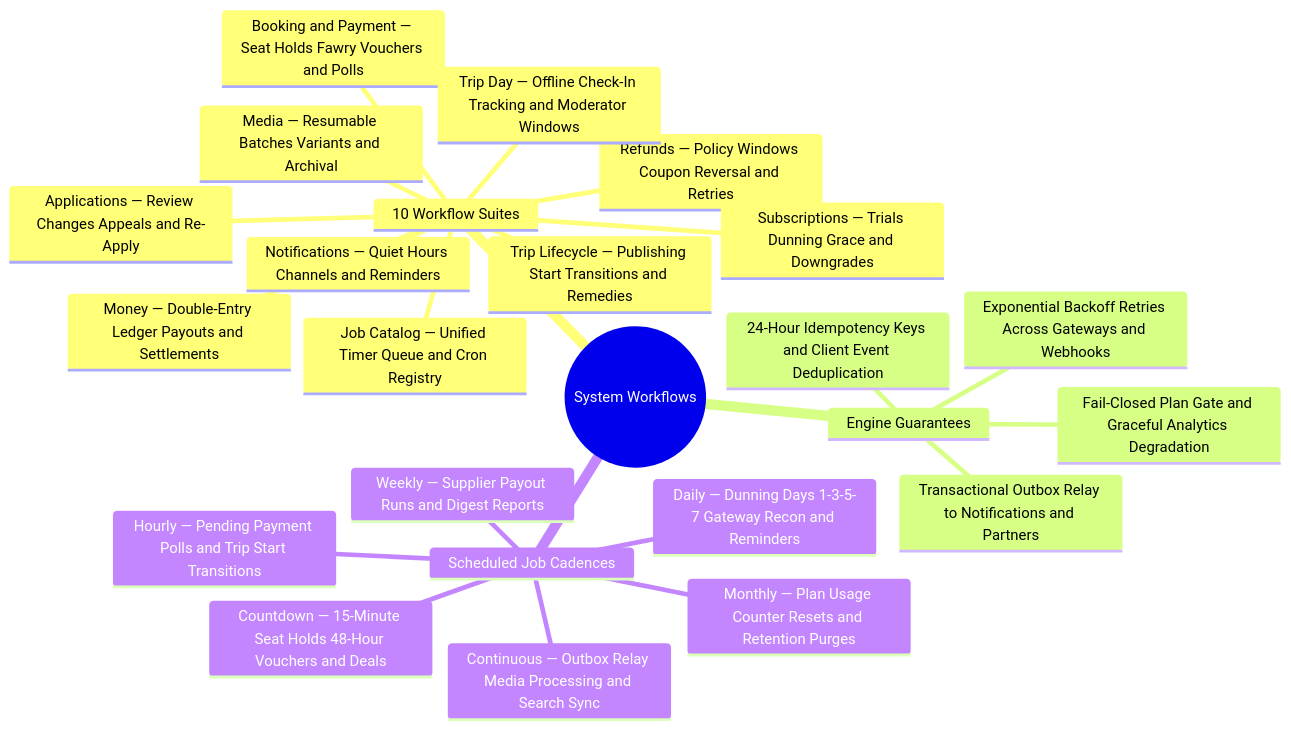
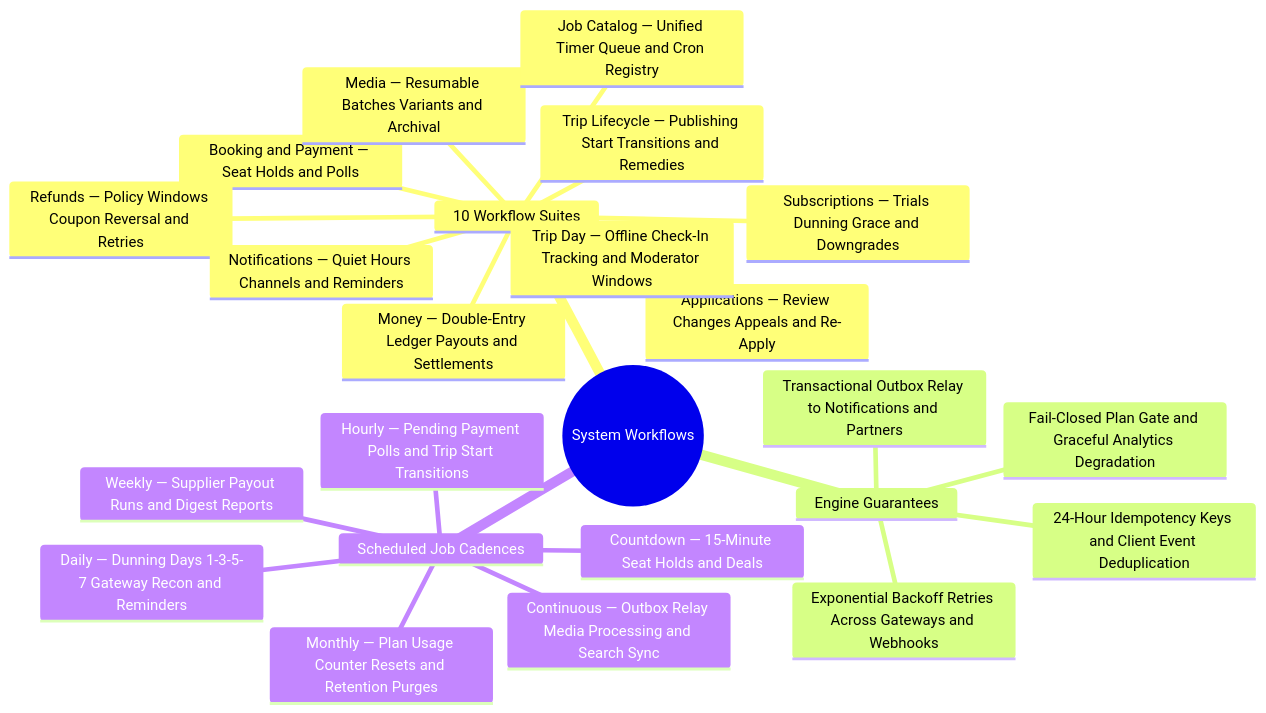
The diagram in content/docs/workflows/index.mdx (mohamedhabibwork/trips-enjoy-docs), drawn with Mermaid before and after one commit. The commit also changed other lines of this file and 117 other files, not shown here.

````diff
--- a/content/docs/workflows/index.mdx
+++ b/content/docs/workflows/index.mdx
@@ -90,27 +90,27 @@
 ```mermaid
 mindmap
   root(("System Workflows"))
     10 Workflow Suites
       Applications — Review Changes Appeals and Re-Apply
-      Booking and Payment — Seat Holds Fawry Vouchers and Polls
+      Booking and Payment — Seat Holds and Polls
       Refunds — Policy Windows Coupon Reversal and Retries
       Trip Lifecycle — Publishing Start Transitions and Remedies
       Trip Day — Offline Check-In Tracking and Moderator Windows
       Money — Double-Entry Ledger Payouts and Settlements
       Subscriptions — Trials Dunning Grace and Downgrades
       Notifications — Quiet Hours Channels and Reminders
       Media — Resumable Batches Variants and Archival
       Job Catalog — Unified Timer Queue and Cron Registry
     Engine Guarantees
       24-Hour Idempotency Keys and Client Event Deduplication
       Exponential Backoff Retries Across Gateways and Webhooks
       Fail-Closed Plan Gate and Graceful Analytics Degradation
       Transactional Outbox Relay to Notifications and Partners
     Scheduled Job Cadences
       Continuous — Outbox Relay Media Processing and Search Sync
-      Countdown — 15-Minute Seat Holds 48-Hour Vouchers and Deals
+      Countdown — 15-Minute Seat Holds and Deals
       Hourly — Pending Payment Polls and Trip Start Transitions
       Daily — Dunning Days 1-3-5-7 Gateway Recon and Reminders
       Weekly — Supplier Payout Runs and Digest Reports
       Monthly — Plan Usage Counter Resets and Retention Purges
 ```
````
